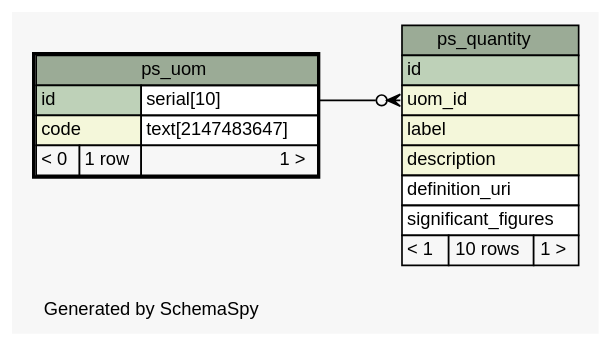
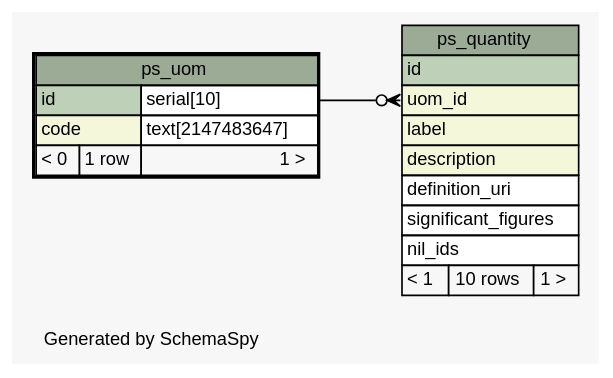
The diagram in manuals_and_examples/manuals/doc-petascope/dbschema/schema/diagrams/ps_uom.1degree.dot (kalxas/rasdaman), drawn with Graphviz before and after one commit. The commit also changed 85 other files, not shown here.

Commit message:
ticket:573 - Update SchemaSpy graphical database schema of petascopedb to include new table for NILs.

```diff
--- a/manuals_and_examples/manuals/doc-petascope/dbschema/schema/diagrams/ps_uom.1degree.dot
+++ b/manuals_and_examples/manuals/doc-petascope/dbschema/schema/diagrams/ps_uom.1degree.dot
@@ -1,49 +1,50 @@
 // dot 2.26.3 on Linux 3.2.0-58-generic
 // SchemaSpy rev 590
 digraph "oneDegreeRelationshipsDiagram" {
   graph [
     rankdir="RL"
     bgcolor="#f7f7f7"
     label="\nGenerated by SchemaSpy"
     labeljust="l"
     nodesep="0.18"
     ranksep="0.46"
     fontname="Helvetica"
     fontsize="11"
   ];
   node [
     fontname="Helvetica"
     fontsize="11"
     shape="plaintext"
   ];
   edge [
     arrowsize="0.8"
   ];
   "ps_quantity":"uom_id":w -> "ps_uom":"id.type":e [arrowhead=none dir=back arrowtail=crowodot];
   "ps_quantity" [
     label=<
     <TABLE BORDER="0" CELLBORDER="1" CELLSPACING="0" BGCOLOR="#ffffff">
       <TR><TD COLSPAN="3" BGCOLOR="#9bab96" ALIGN="CENTER">ps_quantity</TD></TR>
       <TR><TD PORT="id" COLSPAN="3" BGCOLOR="#bed1b8" ALIGN="LEFT">id</TD></TR>
       <TR><TD PORT="uom_id" COLSPAN="3" BGCOLOR="#f4f7da" ALIGN="LEFT">uom_id</TD></TR>
       <TR><TD PORT="label" COLSPAN="3" BGCOLOR="#f4f7da" ALIGN="LEFT">label</TD></TR>
       <TR><TD PORT="description" COLSPAN="3" BGCOLOR="#f4f7da" ALIGN="LEFT">description</TD></TR>
       <TR><TD PORT="definition_uri" COLSPAN="3" ALIGN="LEFT">definition_uri</TD></TR>
       <TR><TD PORT="significant_figures" COLSPAN="3" ALIGN="LEFT">significant_figures</TD></TR>
+      <TR><TD PORT="nil_ids" COLSPAN="3" ALIGN="LEFT">nil_ids</TD></TR>
       <TR><TD ALIGN="LEFT" BGCOLOR="#f7f7f7">&lt; 1</TD><TD ALIGN="RIGHT" BGCOLOR="#f7f7f7">10 rows</TD><TD ALIGN="RIGHT" BGCOLOR="#f7f7f7">1 &gt;</TD></TR>
     </TABLE>>
     URL="ps_quantity.html"
     tooltip="ps_quantity"
   ];
   "ps_uom" [
     label=<
     <TABLE BORDER="2" CELLBORDER="1" CELLSPACING="0" BGCOLOR="#ffffff">
       <TR><TD COLSPAN="3" BGCOLOR="#9bab96" ALIGN="CENTER">ps_uom</TD></TR>
       <TR><TD PORT="id" COLSPAN="2" BGCOLOR="#bed1b8" ALIGN="LEFT">id</TD><TD PORT="id.type" ALIGN="LEFT">serial[10]</TD></TR>
       <TR><TD PORT="code" COLSPAN="2" BGCOLOR="#f4f7da" ALIGN="LEFT">code</TD><TD PORT="code.type" ALIGN="LEFT">text[2147483647]</TD></TR>
       <TR><TD ALIGN="LEFT" BGCOLOR="#f7f7f7">&lt; 0</TD><TD ALIGN="RIGHT" BGCOLOR="#f7f7f7">1 row</TD><TD ALIGN="RIGHT" BGCOLOR="#f7f7f7">1 &gt;</TD></TR>
     </TABLE>>
     URL="ps_uom.html"
     tooltip="ps_uom"
   ];
 }
```
